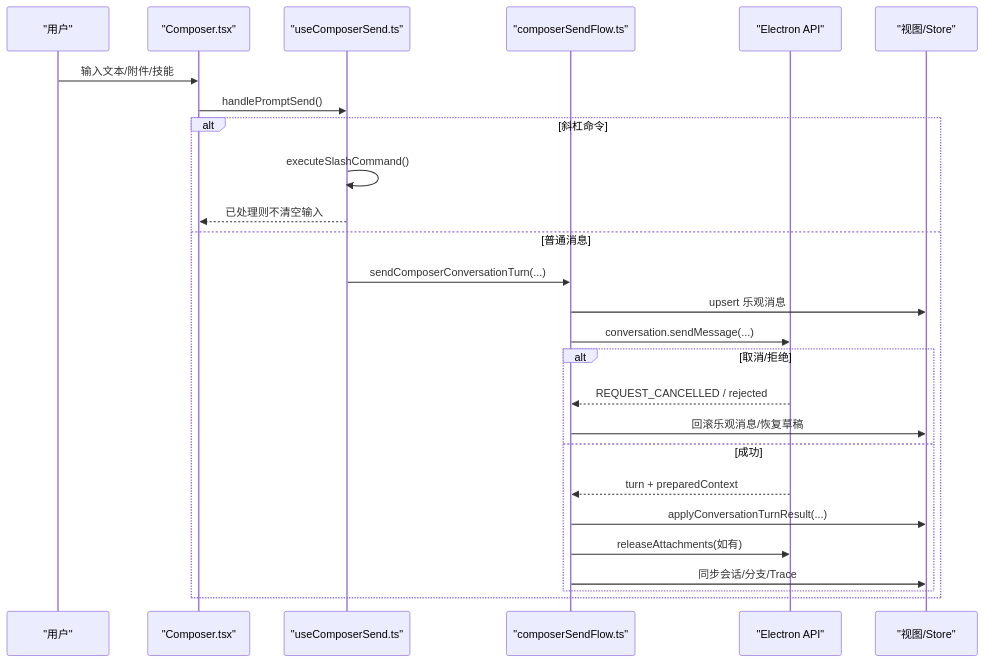
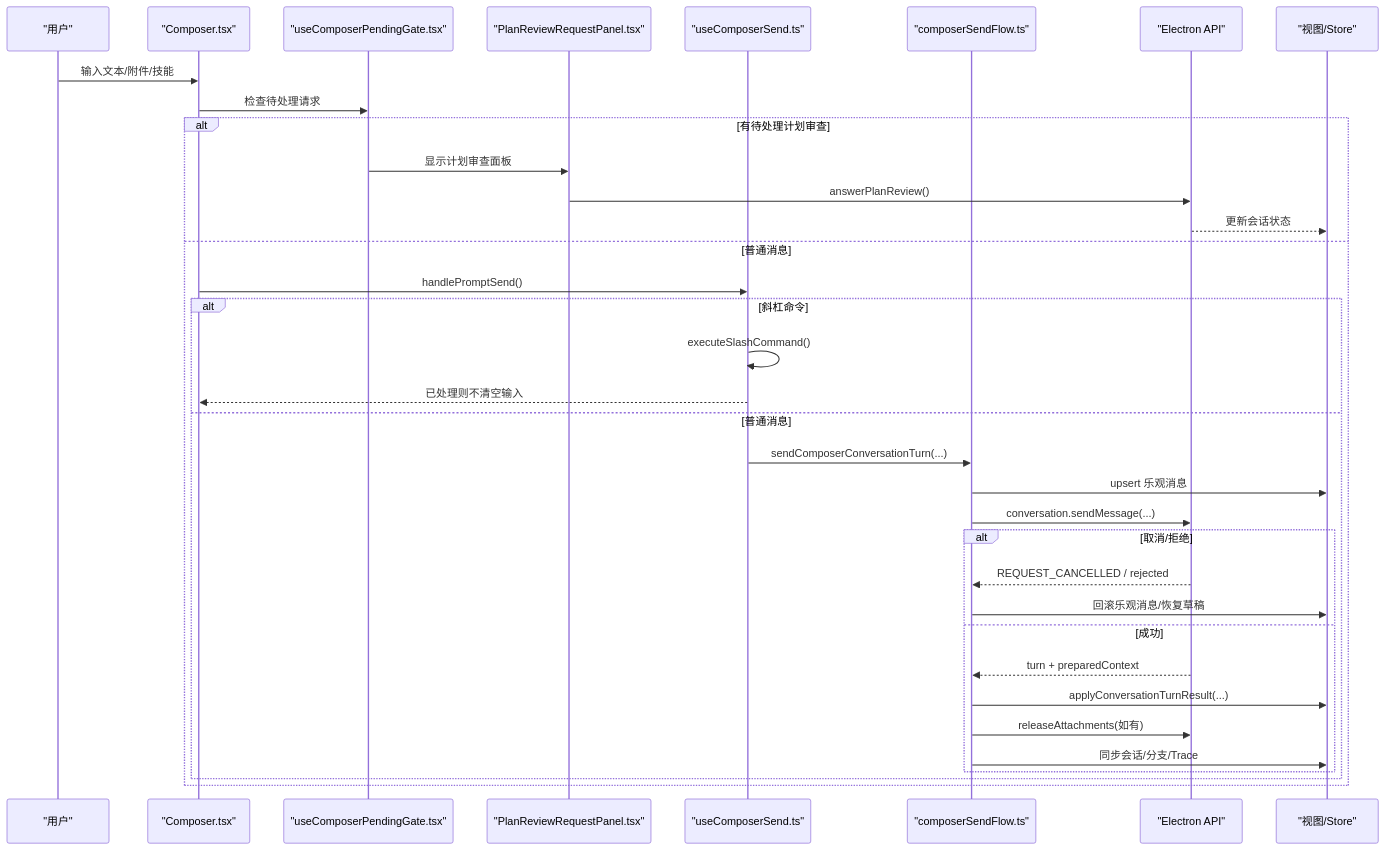
The second of 4 diagrams in .qoder/repowiki/zh/content/用户界面/对话编辑器/对话编辑器.md (haolange/RDC-Agent), drawn with Mermaid before and after one commit. The commit also changed other lines of this file and 208 other files, not shown here.

````diff
--- a/.qoder/repowiki/zh/content/用户界面/对话编辑器/对话编辑器.md
+++ b/.qoder/repowiki/zh/content/用户界面/对话编辑器/对话编辑器.md
@@ -113,28 +129,37 @@
 ```mermaid
 sequenceDiagram
 participant U as "用户"
 participant C as "Composer.tsx"
+participant PG as "useComposerPendingGate.tsx"
+participant PRP as "PlanReviewRequestPanel.tsx"
 participant S as "useComposerSend.ts"
 participant F as "composerSendFlow.ts"
 participant E as "Electron API"
 participant V as "视图/Store"
 U->>C : 输入文本/附件/技能
+C->>PG : 检查待处理请求
+alt 有待处理计划审查
+PG->>PRP : 显示计划审查面板
+PRP->>E : answerPlanReview()
+E-->>V : 更新会话状态
+else 普通消息
 C->>S : handlePromptSend()
 alt 斜杠命令
 S->>S : executeSlashCommand()
 S-->>C : 已处理则不清空输入
 else 普通消息
 S->>F : sendComposerConversationTurn(...)
 F->>V : upsert 乐观消息
 F->>E : conversation.sendMessage(...)
 alt 取消/拒绝
 E-->>F : REQUEST_CANCELLED / rejected
 F->>V : 回滚乐观消息/恢复草稿
 else 成功
 E-->>F : turn + preparedContext
 F->>V : applyConversationTurnResult(...)
 F->>E : releaseAttachments(如有)
 F->>V : 同步会话/分支/Trace
 end
 end
+end
 ```
````
